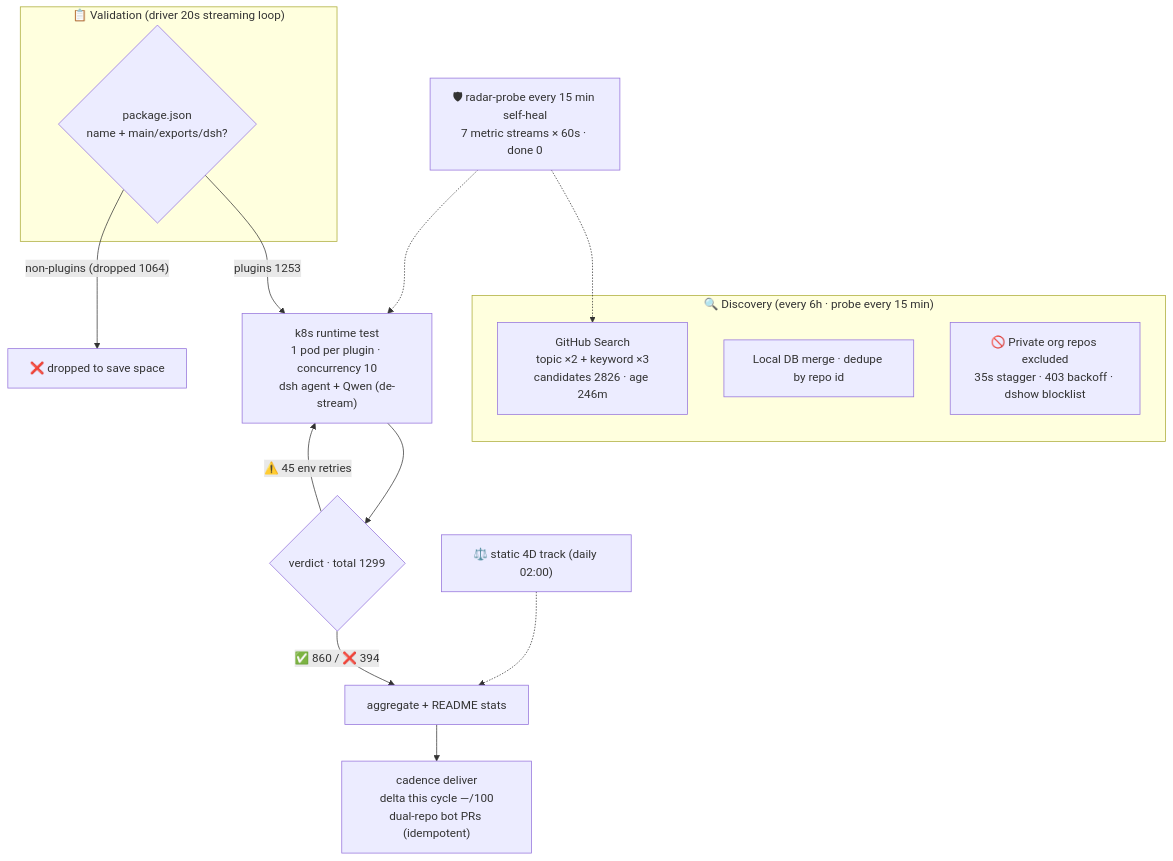
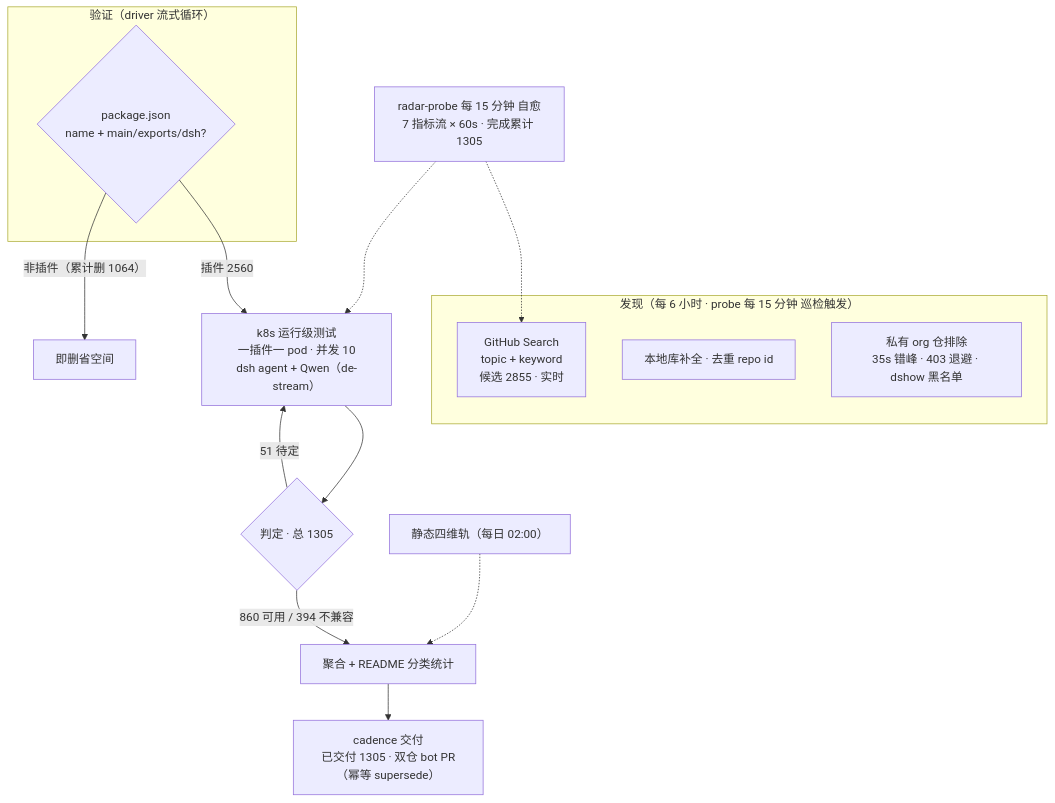
One commit to Zhidao-Lab-OSS/awesome-dsh-plugins changed the diagram in README.en-US.md. Above: the diagram before and after it, drawn with Mermaid. The commit also changed other lines of this file and 2 other files, not shown here.

Commit message:
fix(radar): README 数值对齐 v2 实时真相（收录/判定/可用/待定）+ 全去 emoji + 锚点修复；渲染器模板同步去 emoji

````diff
--- a/README.en-US.md
+++ b/README.en-US.md
@@ -29,20 +29,20 @@
 ```mermaid
 flowchart TB
-    subgraph Discovery["🔍 Discovery (every 6h · probe every 15 min)"]
-        A1["GitHub Search<br/>topic ×2 + keyword ×3<br/>candidates 2826 · age 246m"]
-        A2["Local DB merge · dedupe by repo id"]
-        A3["🚫 Private org repos excluded<br/>35s stagger · 403 backoff · dshow blocklist"]
+    subgraph Discovery["发现（每 6 小时 · probe 每 15 分钟 巡检触发）"]
+        A1["GitHub Search<br/>topic + keyword<br/>候选 2855 · 实时"]
+        A2["本地库补全 · 去重 repo id"]
+        A3["私有 org 仓排除<br/>35s 错峰 · 403 退避 · dshow 黑名单"]
     end
-    subgraph Validation["📋 Validation (driver 20s streaming loop)"]
+    subgraph Validation["验证（driver 流式循环）"]
         B1{"package.json<br/>name + main/exports/dsh?"}
     end
-    B1 -->|"plugins 1253"| C1["k8s runtime test<br/>1 pod per plugin · concurrency 10<br/>dsh agent + Qwen (de-stream)"]
-    B1 -->|"non-plugins (dropped 1064)"| B3["❌ dropped to save space"]
-    C1 --> D1{"verdict · total 1299"}
-    D1 -->|"✅ 860 / ❌ 394"| E1["aggregate + README stats"]
-    D1 -->|"⚠️ 45 env retries"| C1
-    E1 --> E2["cadence deliver<br/>delta this cycle —/100<br/>dual-repo bot PRs (idempotent)"]
-    S["⚖️ static 4D track (daily 02:00)"] -.-> E1
-    M["🛡 radar-probe every 15 min self-heal<br/>7 metric streams × 60s · done 0"] -.-> A1
+    B1 -->|"插件 2560"| C1["k8s 运行级测试<br/>一插件一 pod · 并发 10<br/>dsh agent + Qwen（de-stream）"]
+    B1 -->|"非插件（累计删 1064）"| B3["即删省空间"]
+    C1 --> D1{"判定 · 总 1305"}
+    D1 -->|"860 可用 / 394 不兼容"| E1["聚合 + README 分类统计"]
+    D1 -->|"51 待定"| C1
+    E1 --> E2["cadence 交付<br/>已交付 1305 · 双仓 bot PR（幂等 supersede）"]
+    S["静态四维轨（每日 02:00）"] -.-> E1
+    M["radar-probe 每 15 分钟 自愈<br/>7 指标流 × 60s · 完成累计 1305"] -.-> A1
     M -.-> C1
 ```
````
